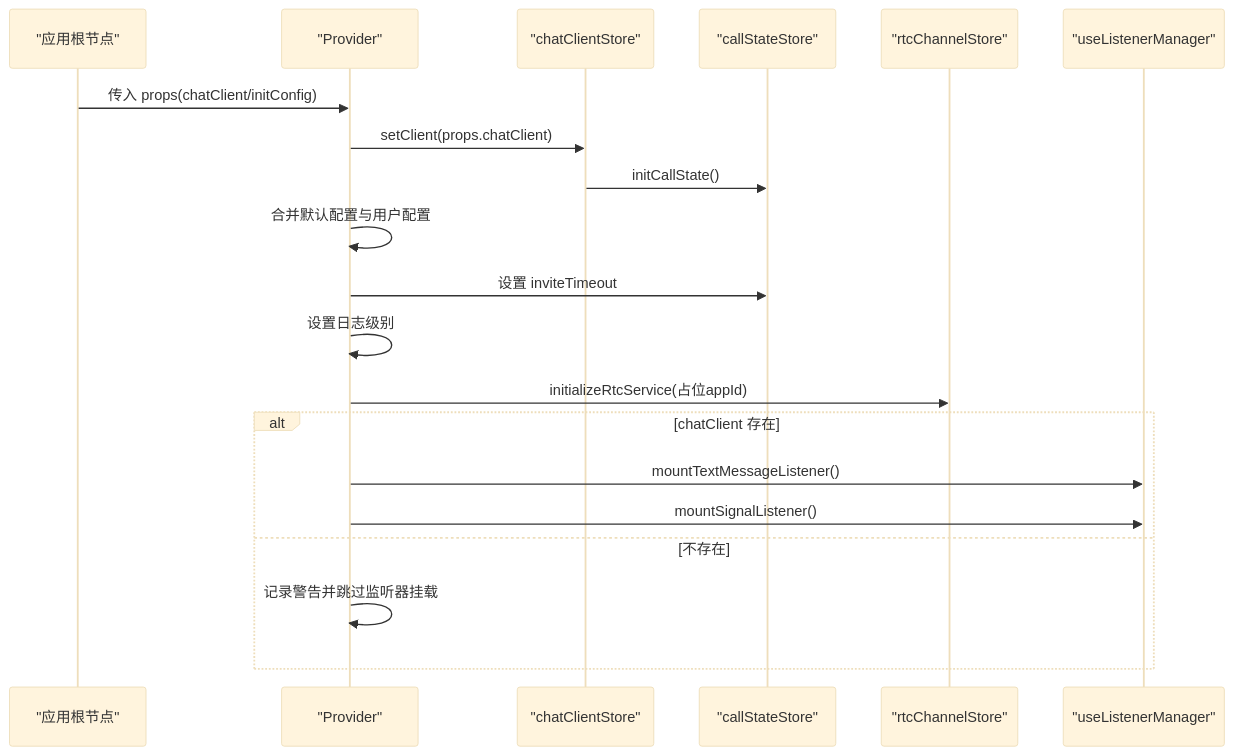
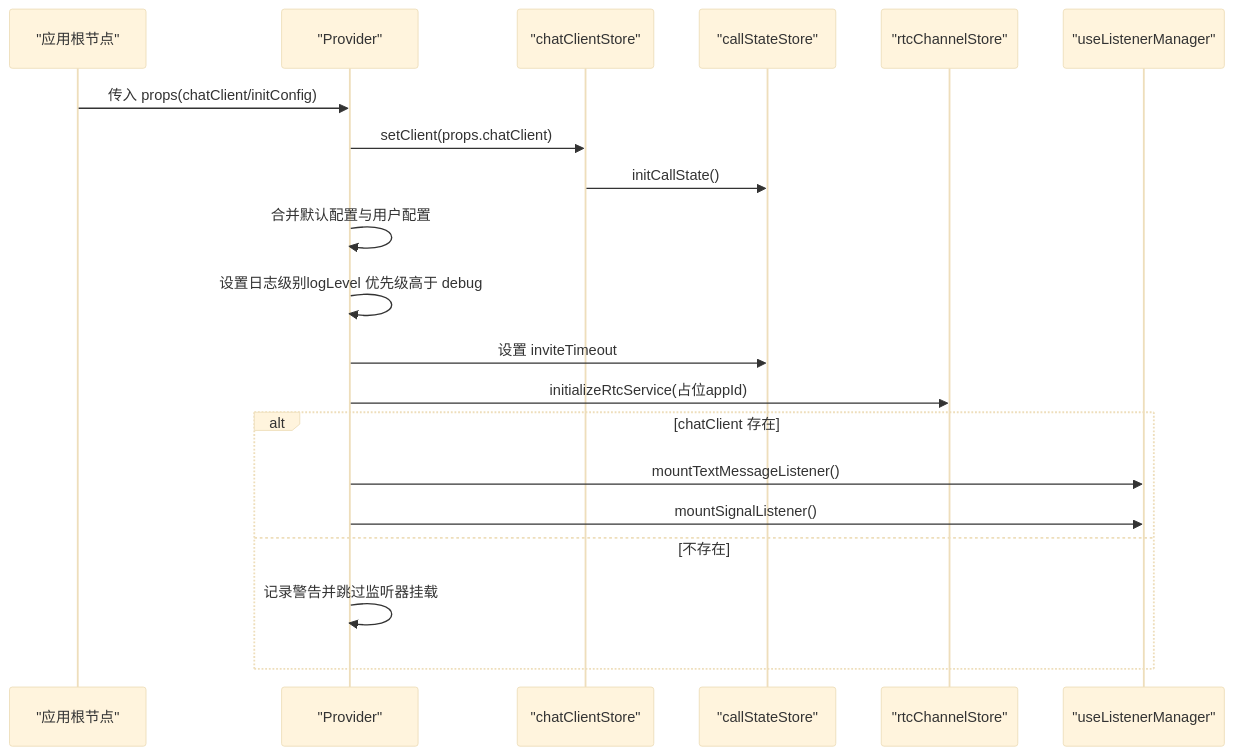
One commit to Easemob-Community/easemob-uikit-callkit-vue3 changed the fourth of 5 diagrams in .qoder/repowiki/zh/content/核心组件/Provider 组件.md. Above: the diagram before and after it, drawn with Mermaid (base theme). The commit also changed other lines of this file and 40 other files, not shown here.

````diff
--- a/.qoder/repowiki/zh/content/核心组件/Provider 组件.md
+++ b/.qoder/repowiki/zh/content/核心组件/Provider 组件.md
@@ -178,22 +189,22 @@
 ```mermaid
 sequenceDiagram
 participant Root as "应用根节点"
 participant Provider as "Provider"
 participant ChatStore as "chatClientStore"
 participant CallState as "callStateStore"
 participant RtcStore as "rtcChannelStore"
 participant Listener as "useListenerManager"
 Root->>Provider : 传入 props(chatClient/initConfig)
 Provider->>ChatStore : setClient(props.chatClient)
 ChatStore->>CallState : initCallState()
 Provider->>Provider : 合并默认配置与用户配置
+Provider->>Provider : 设置日志级别logLevel 优先级高于 debug
 Provider->>CallState : 设置 inviteTimeout
-Provider->>Provider : 设置日志级别
 Provider->>RtcStore : initializeRtcService(占位appId)
 alt chatClient 存在
 Provider->>Listener : mountTextMessageListener()
 Provider->>Listener : mountSignalListener()
 else 不存在
 Provider->>Provider : 记录警告并跳过监听器挂载
 end
 ```
````
